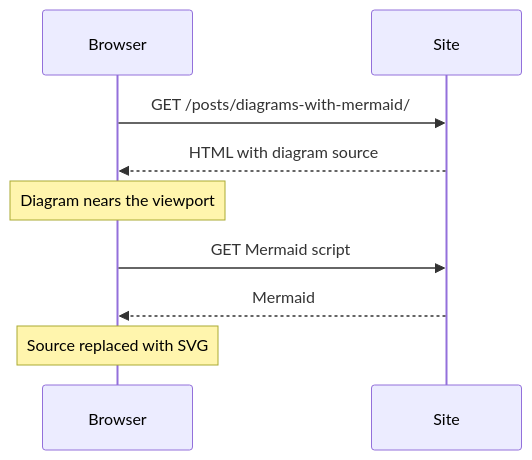
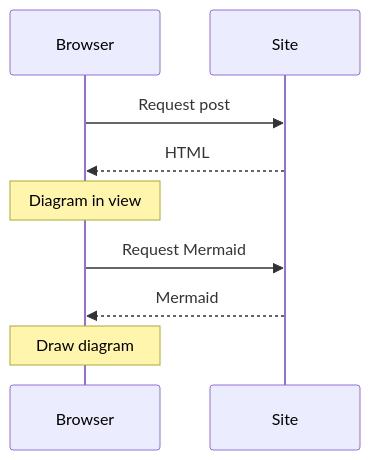
Before and after one commit to anjay-goel/astro-sienna: the third of 5 diagrams in src/content/post/diagrams-with-mermaid.md, drawn with Mermaid. The commit also changed other lines of this file and 1 other file, not shown here.

First line of the commit message:
style: tone down Mermaid colours and fix edge label backgrounds

````diff
--- a/src/content/post/diagrams-with-mermaid.md
+++ b/src/content/post/diagrams-with-mermaid.md
@@ -49,13 +49,13 @@
 ```mermaid
 sequenceDiagram
     accTitle: Loading a post with a diagram
     accDescr: The browser loads the page, then fetches Mermaid only when a diagram scrolls near the viewport.
     participant Browser
     participant Site
-    Browser->>Site: GET /posts/diagrams-with-mermaid/
-    Site-->>Browser: HTML with diagram source
-    Note over Browser: Diagram nears the viewport
-    Browser->>Site: GET Mermaid script
+    Browser->>Site: Request post
+    Site-->>Browser: HTML
+    Note over Browser: Diagram in view
+    Browser->>Site: Request Mermaid
     Site-->>Browser: Mermaid
-    Note over Browser: Source replaced with SVG
+    Note over Browser: Draw diagram
 ```
````
